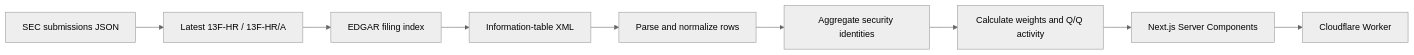
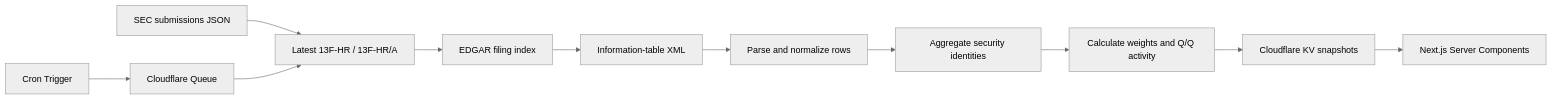
Before and after one commit to kertin9912/portfolio-of-superinvestors: the diagram in README.md, drawn with Mermaid (neutral theme). The commit also changed other lines of this file and 31 other files, not shown here.

````diff
--- a/README.md
+++ b/README.md
@@ -72,11 +78,13 @@
 ```mermaid
 flowchart LR
     A["SEC submissions JSON"] --> B["Latest 13F-HR / 13F-HR/A"]
     B --> C["EDGAR filing index"]
     C --> D["Information-table XML"]
     D --> E["Parse and normalize rows"]
     E --> F["Aggregate security identities"]
     F --> G["Calculate weights and Q/Q activity"]
-    G --> H["Next.js Server Components"]
-    H --> I["Cloudflare Worker"]
+    G --> H["Cloudflare KV snapshots"]
+    H --> I["Next.js Server Components"]
+    J["Cron Trigger"] --> K["Cloudflare Queue"]
+    K --> B
 ```
````
